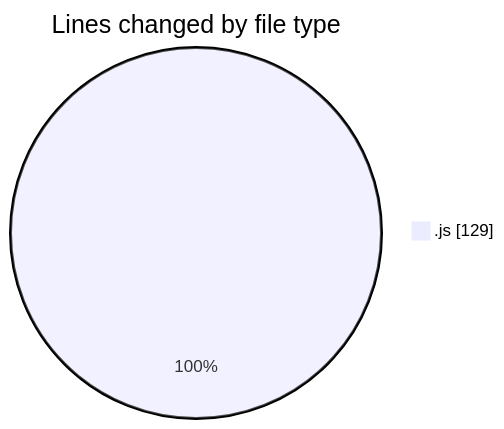
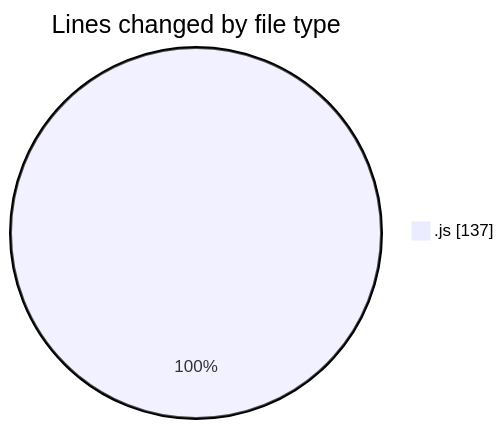
The first of 2 diagrams in 2025-05-23/cda/README.md (momahboobian/code-tracking), drawn with Mermaid before and after one commit. The commit also changed other lines of this file and 1 other file, not shown here.

````diff
--- a/2025-05-23/cda/README.md
+++ b/2025-05-23/cda/README.md
@@ -22,5 +22,5 @@
 ```mermaid
 pie showData
 title Lines changed by file type
-".js" : 129
+".js" : 137
 ```
````
